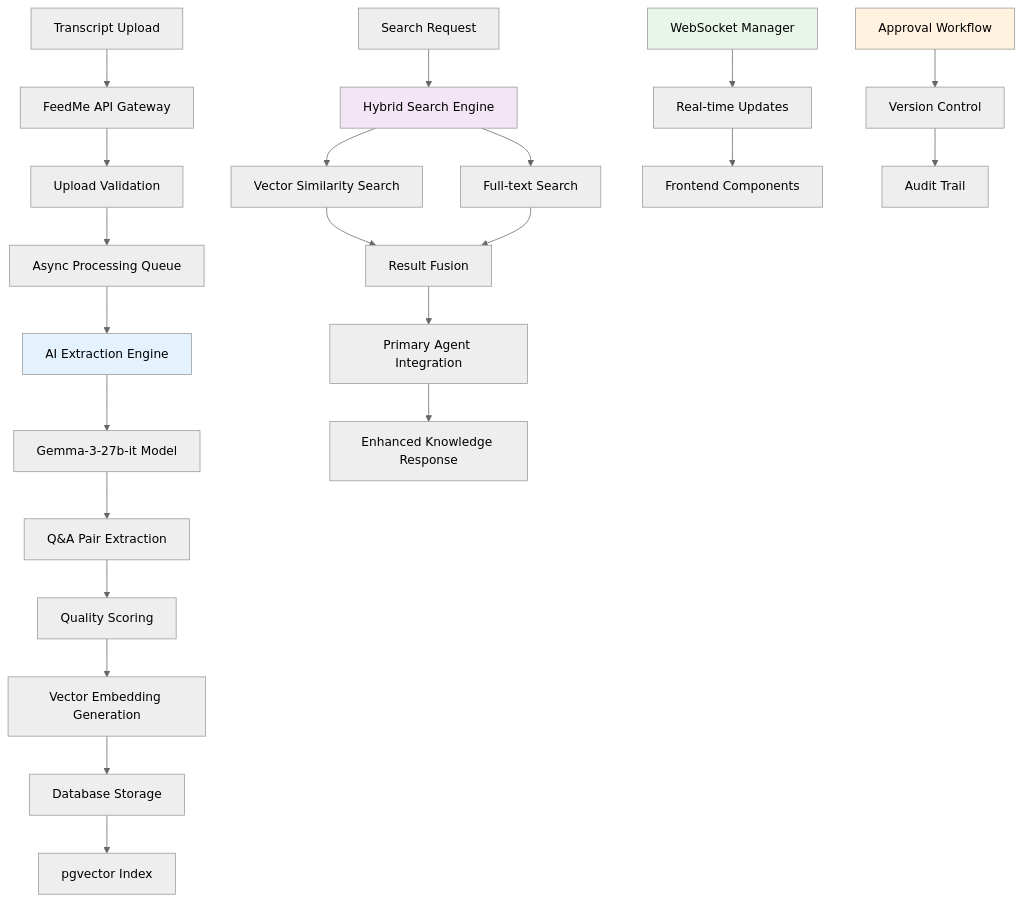
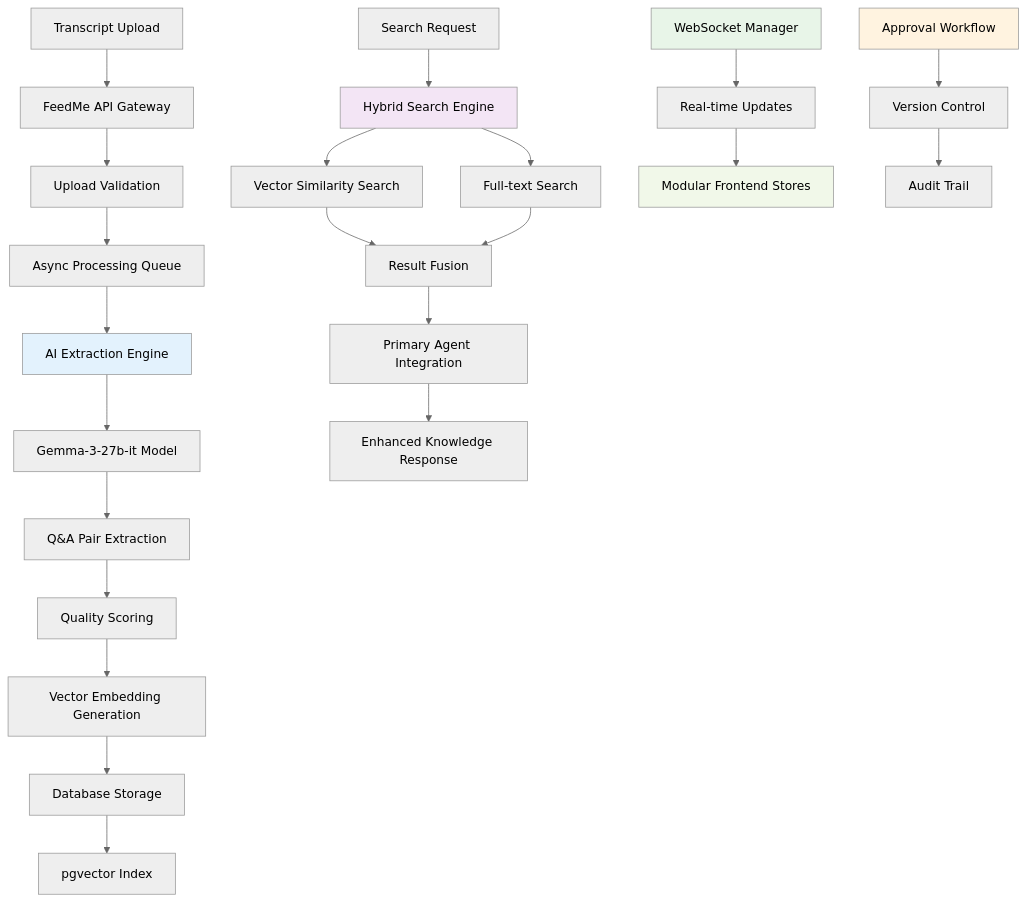
Before and after one commit to moonshubh/Agent_Sparrow: the second of 3 diagrams in main_feature_docs/feedme/feedme_manager_dev_guide.md, drawn with Mermaid (neutral theme). The commit also changed other lines of this file and 41 other files, not shown here.

Commit message:
refactor: restructure feedme stores and remove unused components

````diff
--- a/main_feature_docs/feedme/feedme_manager_dev_guide.md
+++ b/main_feature_docs/feedme/feedme_manager_dev_guide.md
@@ -30,35 +77,36 @@
 ```mermaid
 graph TB
     A[Transcript Upload] --> B[FeedMe API Gateway]
     B --> C[Upload Validation]
     C --> D[Async Processing Queue]
     D --> E[AI Extraction Engine]
     
     E --> F[Gemma-3-27b-it Model]
     F --> G[Q&A Pair Extraction]
     G --> H[Quality Scoring]
     H --> I[Vector Embedding Generation]
     
     I --> J[Database Storage]
     J --> K[pgvector Index]
     
     L[Search Request] --> M[Hybrid Search Engine]
     M --> N[Vector Similarity Search]
     M --> O[Full-text Search]
     N --> P[Result Fusion]
     O --> P
     
     P --> Q[Primary Agent Integration]
     Q --> R[Enhanced Knowledge Response]
     
     S[WebSocket Manager] --> T[Real-time Updates]
-    T --> U[Frontend Components]
+    T --> U[Modular Frontend Stores]
     
     V[Approval Workflow] --> W[Version Control]
     W --> X[Audit Trail]
     
     style E fill:#e3f2fd
     style M fill:#f3e5f5
     style S fill:#e8f5e8
     style V fill:#fff3e0
+    style U fill:#f1f8e9
 ```
````
